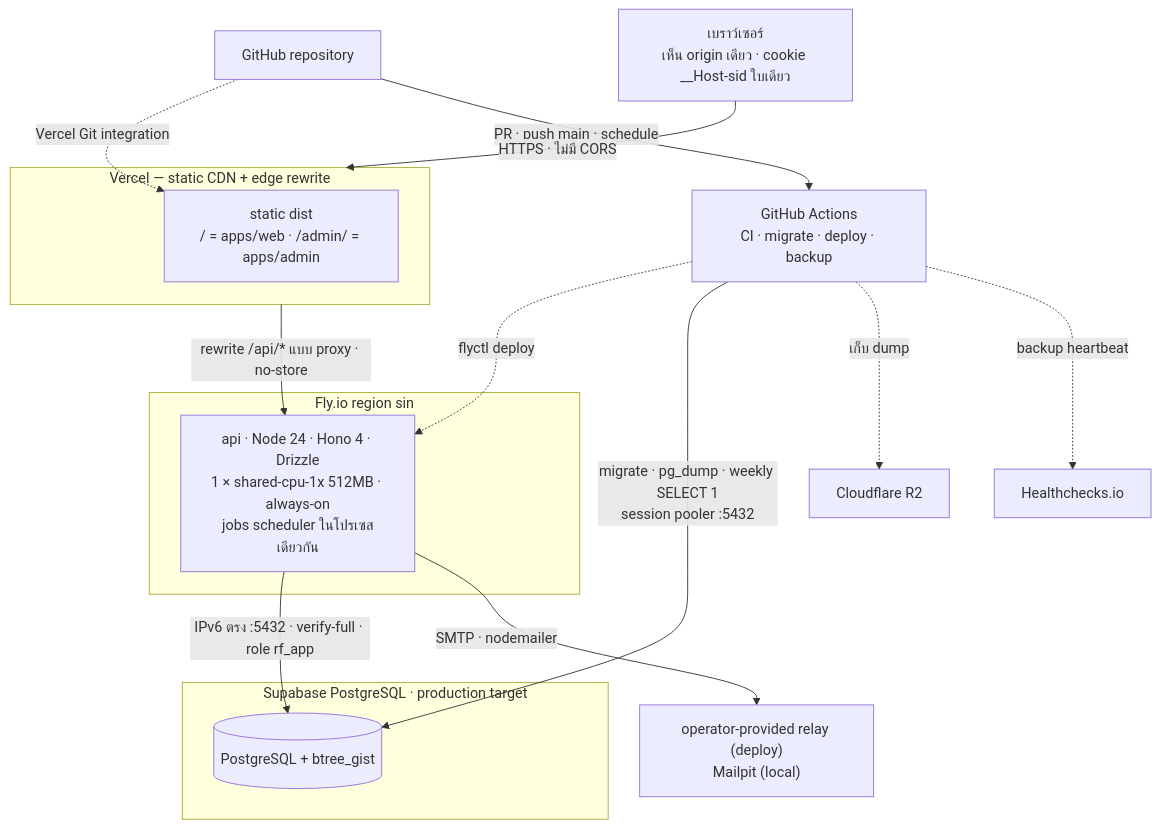
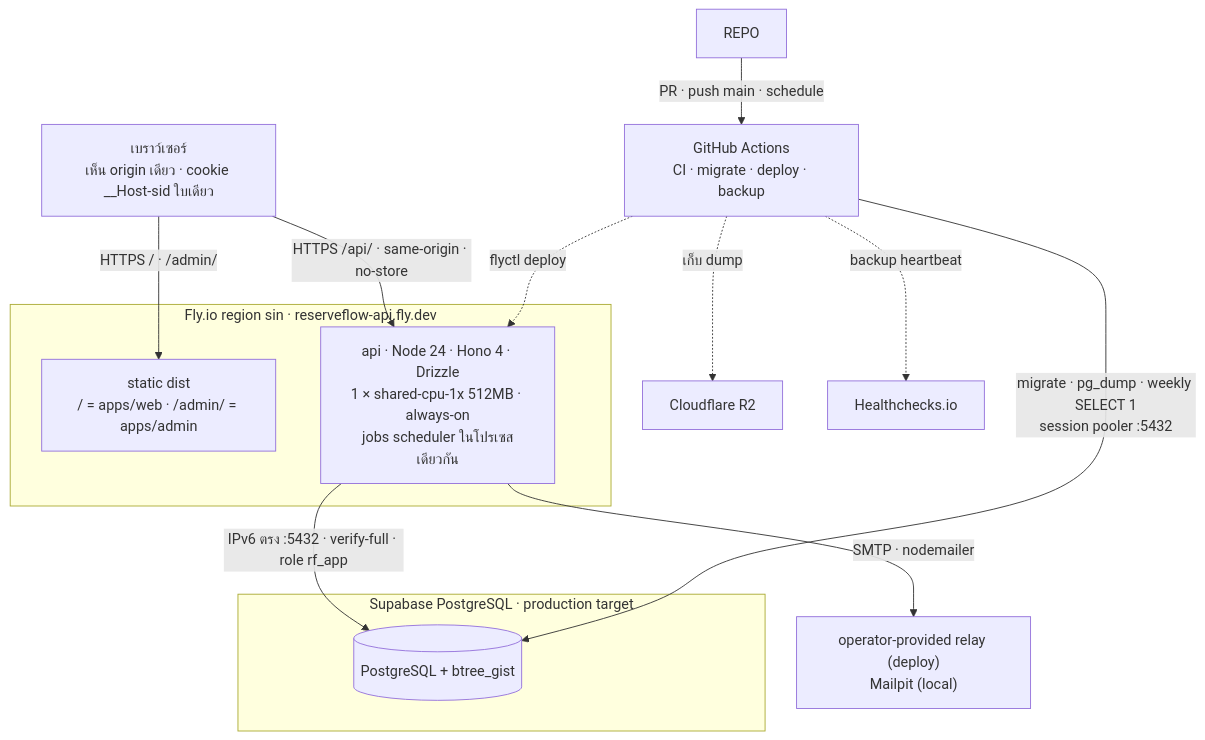
The diagram in docs/spec/diagrams/src/deployment.mmd (greentea01x/reserve-flow), drawn with Mermaid before and after one commit. The commit also changed 28 other files, not shown here.

```diff
--- a/docs/spec/diagrams/src/deployment.mmd
+++ b/docs/spec/diagrams/src/deployment.mmd
@@ -1,22 +1,19 @@
-%% title: topology ที่กำหนดใน repository — Vercel + Fly.io + PostgreSQL
+%% title: topology ที่กำหนดใน repository — Fly.io full stack + PostgreSQL
 %% id: deployment
 flowchart TB
-  subgraph VER["Vercel — static CDN + edge rewrite"]
+  subgraph FLY["Fly.io region sin · reserveflow-api.fly.dev"]
     STATIC["static dist<br/>/ = apps/web · /admin/ = apps/admin"]
-  end
-  subgraph FLY["Fly.io region sin"]
     API["api · Node 24 · Hono 4 · Drizzle<br/>1 × shared-cpu-1x 512MB · always-on<br/>jobs scheduler ในโปรเซสเดียวกัน"]
   end
   subgraph SUPA["Supabase PostgreSQL · production target"]
     PG[("PostgreSQL + btree_gist")]
   end
-  REPO["GitHub repository"] -.->|"Vercel Git integration"| STATIC
   REPO -->|"PR · push main · schedule"| GHA["GitHub Actions<br/>CI · migrate · deploy · backup"]
-  BR["เบราว์เซอร์<br/>เห็น origin เดียว · cookie __Host-sid ใบเดียว"] -->|"HTTPS · ไม่มี CORS"| VER
-  VER -->|"rewrite /api/* แบบ proxy · no-store"| API
+  BR["เบราว์เซอร์<br/>เห็น origin เดียว · cookie __Host-sid ใบเดียว"] -->|"HTTPS / · /admin/"| STATIC
+  BR -->|"HTTPS /api/ · same-origin · no-store"| API
   API -->|"IPv6 ตรง :5432 · verify-full · role rf_app"| PG
   API -->|"SMTP · nodemailer"| MAIL["operator-provided relay (deploy)<br/>Mailpit (local)"]
   GHA -.->|"flyctl deploy"| API
   GHA -->|"migrate · pg_dump · weekly SELECT 1<br/>session pooler :5432"| PG
   GHA -.->|"เก็บ dump"| R2["Cloudflare R2"]
   GHA -.->|"backup heartbeat"| HC["Healthchecks.io"]
```
